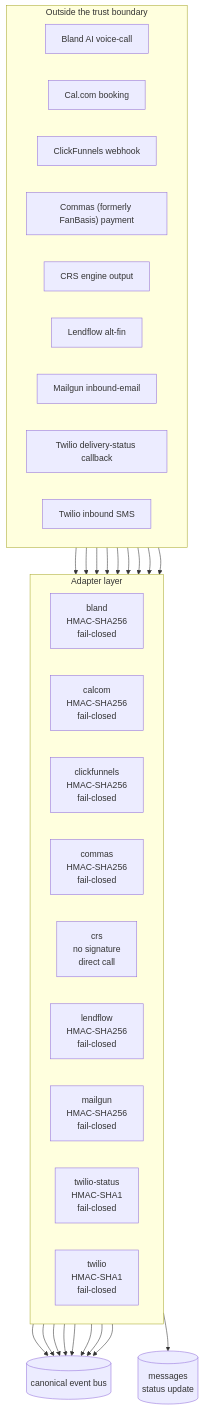
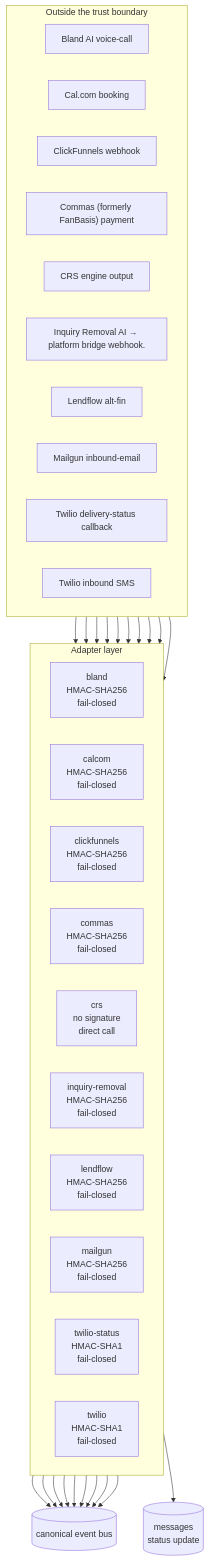
The diagram in docs/diagrams/adapter-boundary.md (ZootimusMaximusSupreme/Fundhub_ai), drawn with Mermaid before and after one commit. The commit also changed other lines of this file and 34 other files, not shown here.

First line of the commit message:
Bridge Inquiry Removal AI into the CRM desk.

````diff
--- a/docs/diagrams/adapter-boundary.md
+++ b/docs/diagrams/adapter-boundary.md
@@ -10,47 +10,51 @@
 ```mermaid
 flowchart TB
   subgraph OUTSIDE[Outside the trust boundary]
     direction LR
     o_bland["Bland AI voice-call"]
     o_calcom["Cal.com booking"]
     o_clickfunnels["ClickFunnels webhook"]
     o_commas["Commas (formerly FanBasis) payment"]
     o_crs["CRS engine output"]
+    o_inquiry_removal["Inquiry Removal AI → platform bridge webhook."]
     o_lendflow["Lendflow alt-fin"]
     o_mailgun["Mailgun inbound-email"]
     o_twilio_status["Twilio delivery-status callback"]
     o_twilio["Twilio inbound SMS"]
   end
   subgraph BOUNDARY[Adapter layer]
     direction LR
     b_bland["bland<br/>HMAC-SHA256<br/>fail-closed"]
     b_calcom["calcom<br/>HMAC-SHA256<br/>fail-closed"]
     b_clickfunnels["clickfunnels<br/>HMAC-SHA256<br/>fail-closed"]
     b_commas["commas<br/>HMAC-SHA256<br/>fail-closed"]
     b_crs["crs<br/>no signature<br/>direct call"]
+    b_inquiry_removal["inquiry-removal<br/>HMAC-SHA256<br/>fail-closed"]
     b_lendflow["lendflow<br/>HMAC-SHA256<br/>fail-closed"]
     b_mailgun["mailgun<br/>HMAC-SHA256<br/>fail-closed"]
     b_twilio_status["twilio-status<br/>HMAC-SHA1<br/>fail-closed"]
     b_twilio["twilio<br/>HMAC-SHA1<br/>fail-closed"]
   end
   BUS[(canonical event bus)]
 
   o_bland --> b_bland
   b_bland --> BUS
   o_calcom --> b_calcom
   b_calcom --> BUS
   o_clickfunnels --> b_clickfunnels
   b_clickfunnels --> BUS
   o_commas --> b_commas
   b_commas --> BUS
   o_crs --> b_crs
   b_crs --> BUS
+  o_inquiry_removal --> b_inquiry_removal
+  b_inquiry_removal --> BUS
   o_lendflow --> b_lendflow
   b_lendflow --> BUS
   o_mailgun --> b_mailgun
   b_mailgun --> BUS
   o_twilio_status --> b_twilio_status
   b_twilio_status --> DB_twilio_status[("messages<br/>status update")]
   o_twilio --> b_twilio
   b_twilio --> BUS
 ```
````
